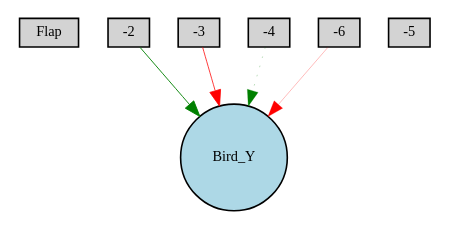
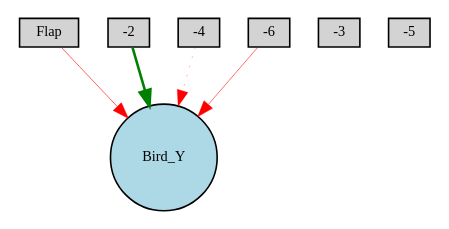
The diagram in Digraph.gv (dani0621/Project02_PygAIme), drawn with Graphviz before and after one commit. The commit also changed 5 other files, not shown here.

```diff
--- a/Digraph.gv
+++ b/Digraph.gv
@@ -1,14 +1,14 @@
 digraph {
 	node [fontsize=9 height=0.2 shape=circle width=0.2]
 	Flap [fillcolor=lightgray shape=box style=filled]
 	-2 [fillcolor=lightgray shape=box style=filled]
 	-3 [fillcolor=lightgray shape=box style=filled]
 	-4 [fillcolor=lightgray shape=box style=filled]
 	-5 [fillcolor=lightgray shape=box style=filled]
 	-6 [fillcolor=lightgray shape=box style=filled]
 	Bird_Y [fillcolor=lightblue style=filled]
-	-2 -> Bird_Y [color=green penwidth=0.5738677558327901 style=solid]
-	-3 -> Bird_Y [color=red penwidth=0.48268209329574074 style=solid]
-	-6 -> Bird_Y [color=red penwidth=0.17493476927493645 style=solid]
-	-4 -> Bird_Y [color=green penwidth=0.16635404407110943 style=dotted]
+	-2 -> Bird_Y [color=green penwidth=1.622198944321949 style=solid]
+	-6 -> Bird_Y [color=red penwidth=0.36030665335436696 style=solid]
+	Flap -> Bird_Y [color=red penwidth=0.38185846644625965 style=solid]
+	-4 -> Bird_Y [color=red penwidth=0.21673483499222068 style=dotted]
 }
```
